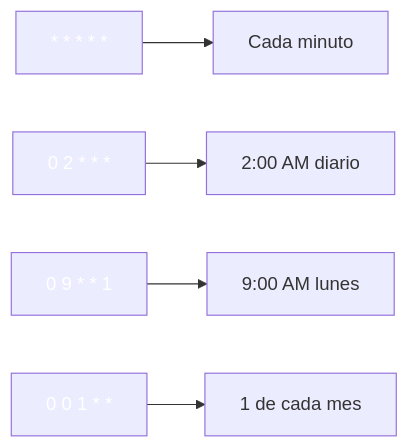
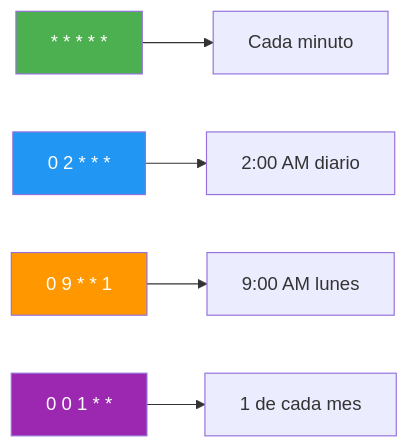
One commit to joseluisgs/DesarrolloWebEntornosServidor-02-2026-2027 changed the third of 4 diagrams in 22-tareas-programadas.md. Above: the diagram before and after it, drawn with Mermaid. The commit also changed other lines of this file and 29 other files, not shown here.

Commit message:
docs: corregir estilos Mermaid y estilo, quitar referencias a la Tienda y reestructurar los retos 13 y 15

````diff
--- a/22-tareas-programadas.md
+++ b/22-tareas-programadas.md
@@ -497,11 +497,11 @@
 ```mermaid
 flowchart LR
     A["* * * * *"] --> B["Cada minuto"]
     C["0 2 * * *"] --> D["2:00 AM diario"]
     E["0 9 * * 1"] --> F["9:00 AM lunes"]
     G["0 0 1 * *"] --> H["1 de cada mes"]
-    style A fill:#4CAF5,color:#fff0,color:#fff
-    style C fill:#2196F,color:#fff3,color:#fff
-    style E fill:#FF980,color:#fff0,color:#fff
-    style G fill:#9C27B,color:#fff0,color:#fff
+    style A fill:#4CAF50,color:#fff
+    style C fill:#2196F3,color:#fff
+    style E fill:#FF9800,color:#fff
+    style G fill:#9C27B0,color:#fff
 ```
````
